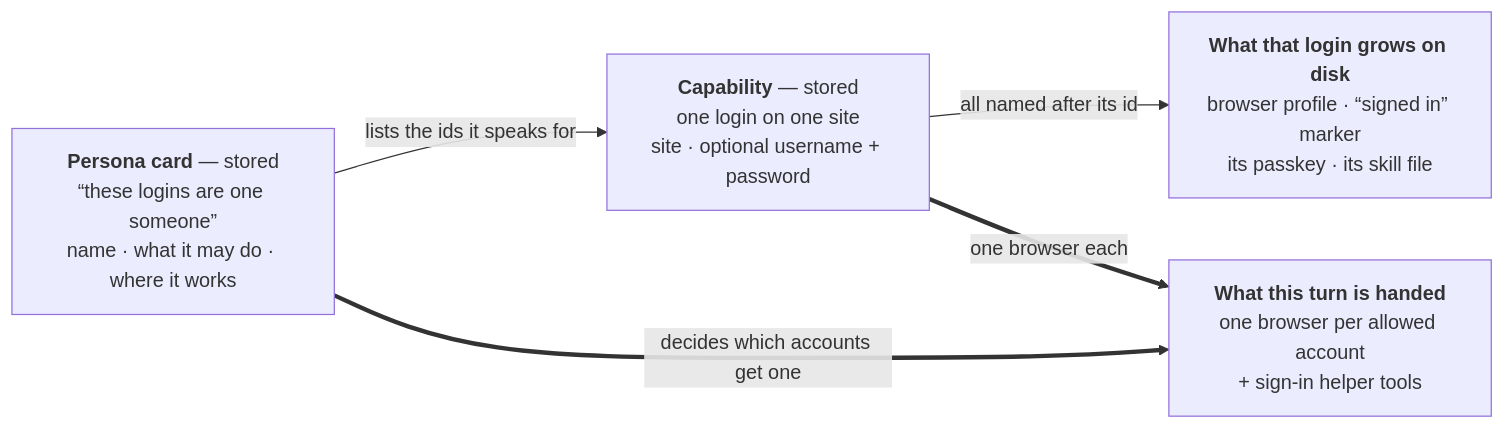
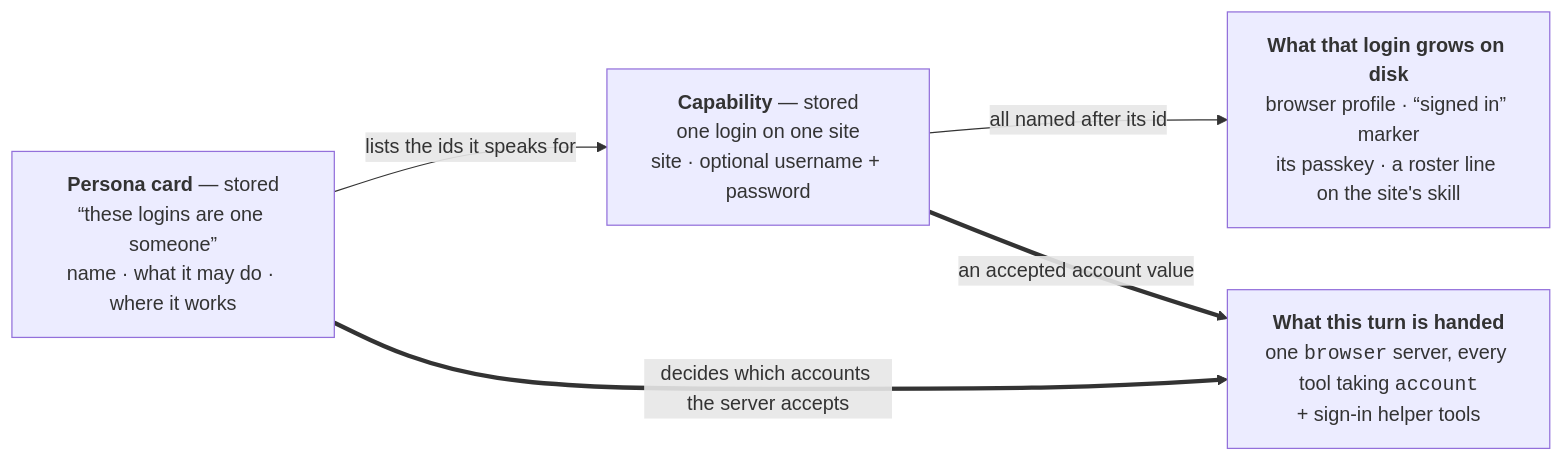
One commit to intentic/intentic changed the first of 2 diagrams in docs/accounts-and-personas.md. Above: the diagram before and after it, drawn with Mermaid. The commit also changed other lines of this file and 35 other files, not shown here.

Commit message:
feat(browser): route accounts through browser-router and group skills

````diff
--- a/docs/accounts-and-personas.md
+++ b/docs/accounts-and-personas.md
@@ -40,12 +45,12 @@
 ```mermaid
 flowchart LR
     persona["<b>Persona card</b> — stored<br/>“these logins are one someone”<br/>name · what it may do · where it works"]
     cap["<b>Capability</b> — stored<br/>one login on one site<br/>site · optional username + password"]
-    disk["<b>What that login grows on disk</b><br/>browser profile · “signed in” marker<br/>its passkey · its skill file"]
-    tools["<b>What this turn is handed</b><br/>one browser per allowed account<br/>+ sign-in helper tools"]
+    disk["<b>What that login grows on disk</b><br/>browser profile · “signed in” marker<br/>its passkey · a roster line on the site's skill"]
+    tools["<b>What this turn is handed</b><br/>one <code>browser</code> server, every tool taking <code>account</code><br/>+ sign-in helper tools"]
 
     persona -->|"lists the ids it speaks for"| cap
     cap -->|"all named after its id"| disk
-    cap ==>|"one browser each"| tools
-    persona ==>|"decides which accounts get one"| tools
+    cap ==>|"an accepted account value"| tools
+    persona ==>|"decides which accounts the server accepts"| tools
 ```
````
